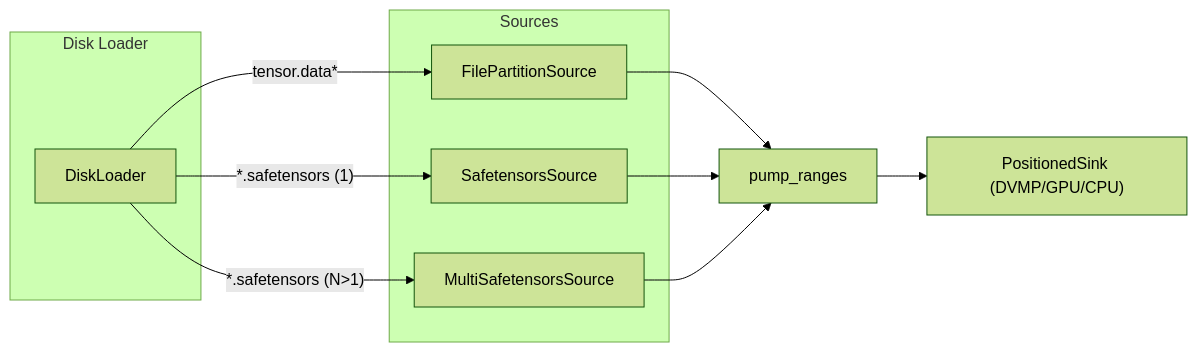
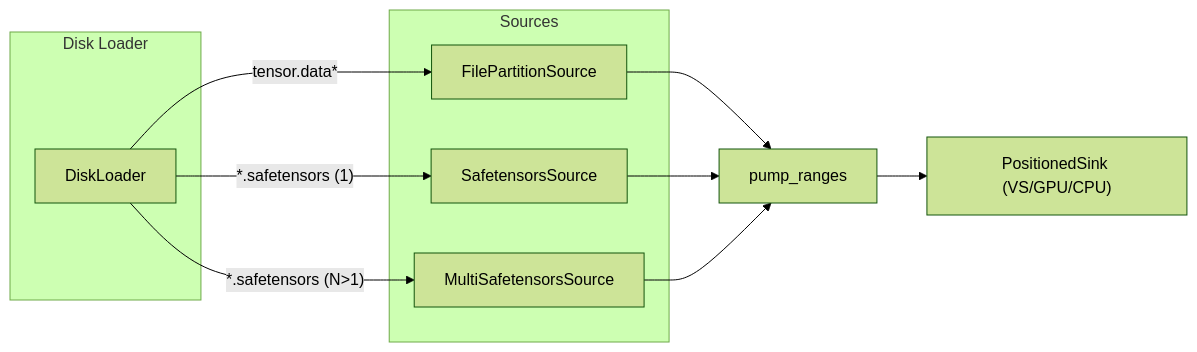
The diagram in docs/designs/0009-safetensors-loader-integration.md (tensorcast-ai/tensorcast), drawn with Mermaid (forest theme) before and after one commit. The commit also changed 155 other files, not shown here.

````diff
--- a/docs/designs/0009-safetensors-loader-integration.md
+++ b/docs/designs/0009-safetensors-loader-integration.md
@@ -25,20 +25,20 @@
 ```mermaid
 flowchart LR
   subgraph Disk Loader
     DL[DiskLoader]
   end
   subgraph Sources
     FPS[FilePartitionSource]
     SS[SafetensorsSource]
     MSS[MultiSafetensorsSource]
   end
   P[pump_ranges]
-  SNK["PositionedSink (DVMP/GPU/CPU)"]
+  SNK["PositionedSink (VS/GPU/CPU)"]
 
   DL -->|tensor.data*| FPS
   DL -->|"*.safetensors (1)"| SS
   DL -->|"*.safetensors (N>1)"| MSS
   FPS --> P --> SNK
   SS  --> P
   MSS --> P
 ```
````
